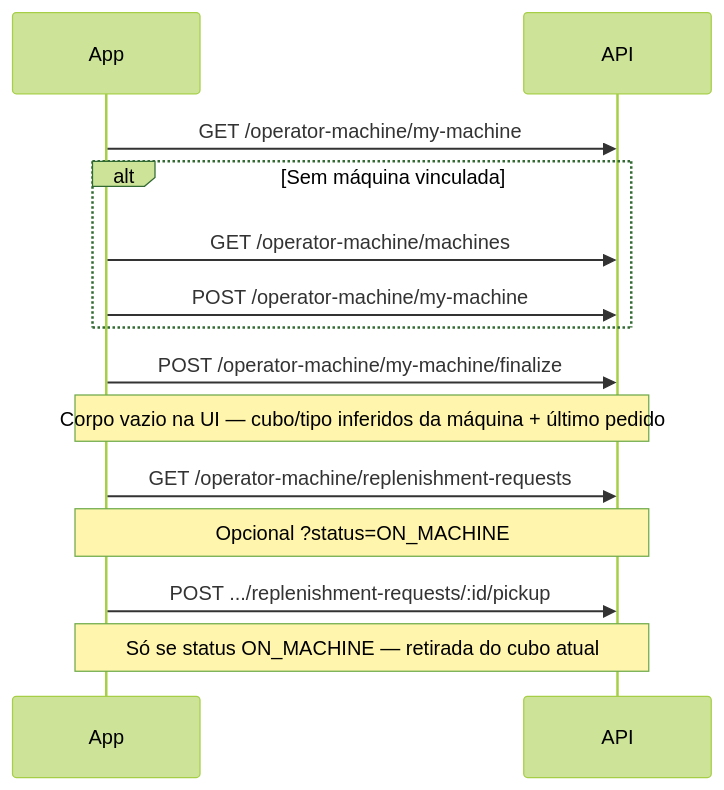
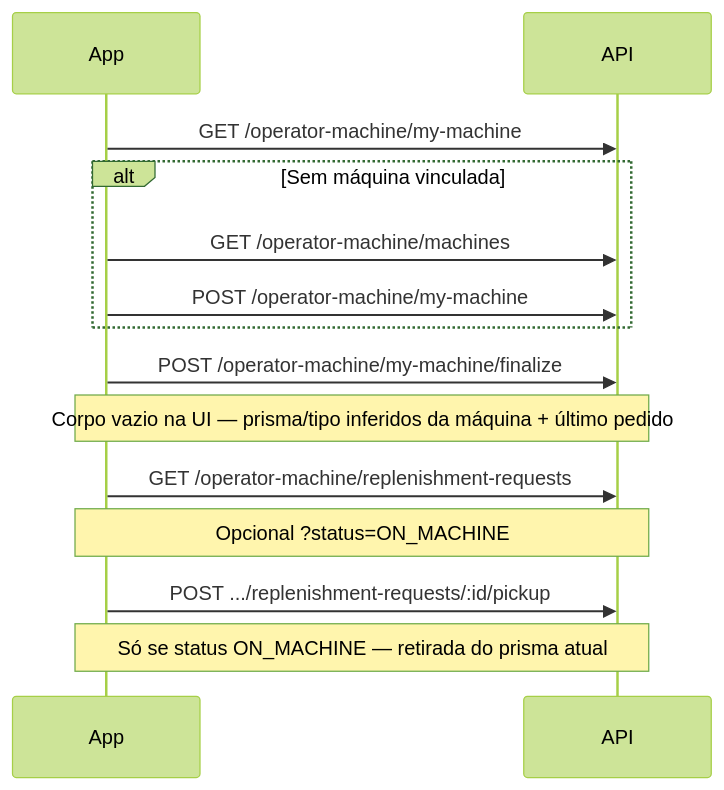
The second of 3 diagrams in back-end/docs/FLUXOS_TELAS_FRONTEND.md (Pedertractor/project-forklift-flow), drawn with Mermaid (forest theme) before and after one commit. The commit also changed other lines of this file and 72 other files, not shown here.

````diff
--- a/back-end/docs/FLUXOS_TELAS_FRONTEND.md
+++ b/back-end/docs/FLUXOS_TELAS_FRONTEND.md
@@ -171,16 +171,16 @@
 ```mermaid
 sequenceDiagram
   participant T as App
   participant API as API
   T->>API: GET /operator-machine/my-machine
   alt Sem máquina vinculada
     T->>API: GET /operator-machine/machines
     T->>API: POST /operator-machine/my-machine
   end
   T->>API: POST /operator-machine/my-machine/finalize
-  Note over T,API: Corpo vazio na UI — cubo/tipo inferidos da máquina + último pedido
+  Note over T,API: Corpo vazio na UI — prisma/tipo inferidos da máquina + último pedido
   T->>API: GET /operator-machine/replenishment-requests
   Note over T,API: Opcional ?status=ON_MACHINE
   T->>API: POST .../replenishment-requests/:id/pickup
-  Note over T,API: Só se status ON_MACHINE — retirada do cubo atual
+  Note over T,API: Só se status ON_MACHINE — retirada do prisma atual
 ```
````
